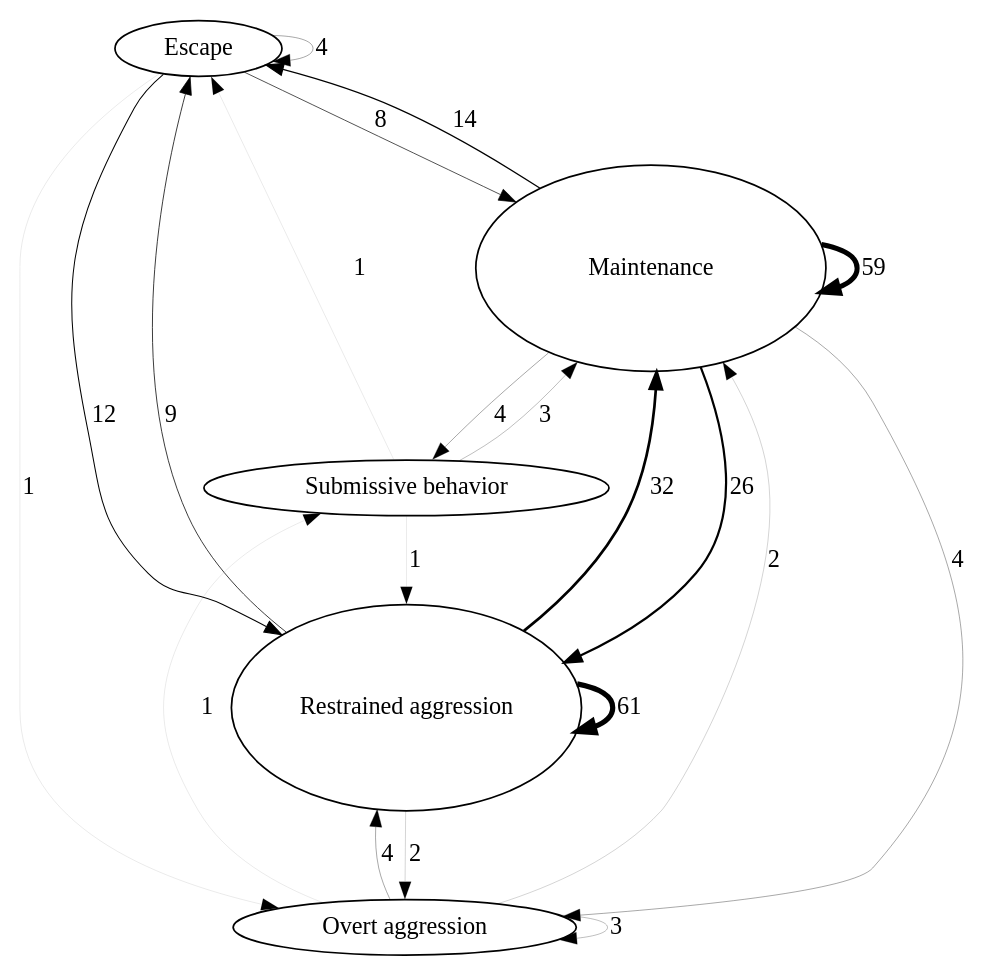
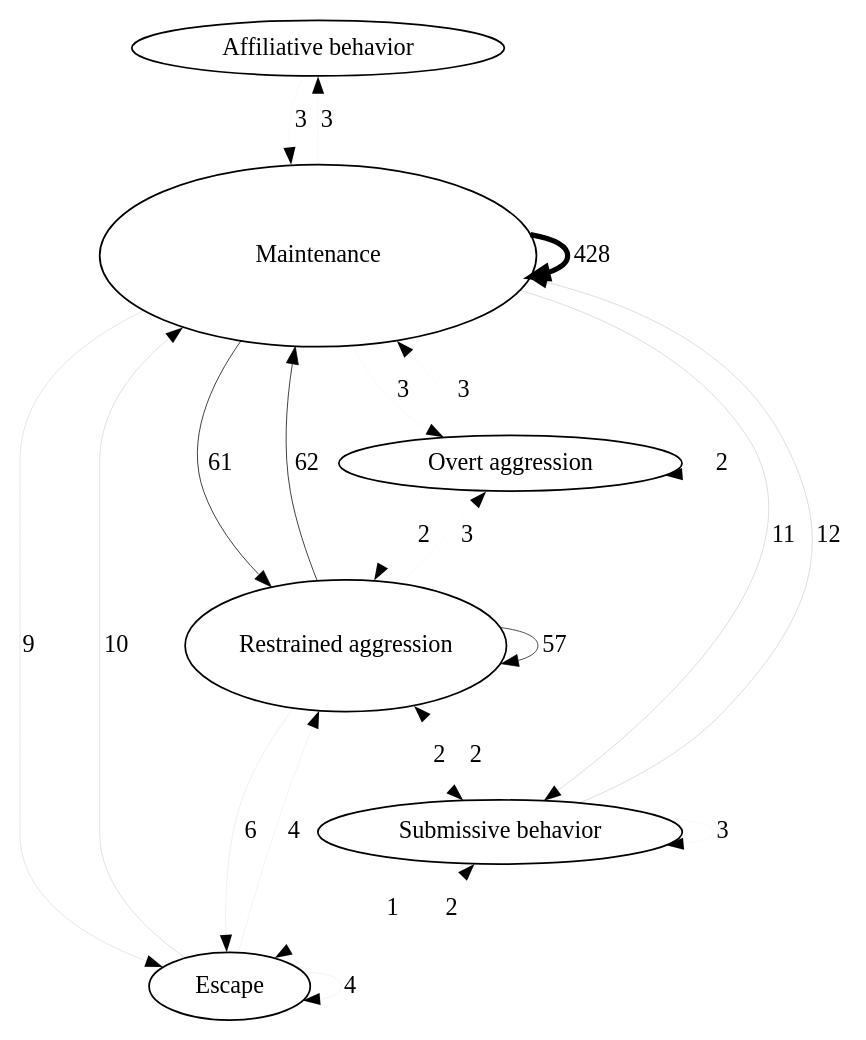
One commit to nicolkraus/AnalyzeBehavior changed the diagram in images/transitions.gv. Above: the diagram before and after it, drawn with Graphviz. The commit also changed 6 other files, not shown here.

```diff
--- a/images/transitions.gv
+++ b/images/transitions.gv
@@ -1,27 +1,31 @@
 digraph  {
-Escape [height="0.44343891402714924", width="0.7538461538461537"];
-Maintenance [height="1.6470588235294117", width="2.8"];
-"Overt aggression" [height="0.1583710407239819", width="0.2692307692307692"];
-"Restrained aggression" [height="1.6470588235294117", width="2.8"];
-"Submissive behavior" [height="0.07918552036199095", width="0.1346153846153846"];
-Escape -> Escape  [label=4, penwidth="0.19672131147540983"];
-Escape -> Maintenance  [label=8, penwidth="0.39344262295081966"];
-Escape -> "Overt aggression"  [label=1, penwidth="0.04918032786885246"];
-Escape -> "Restrained aggression"  [label=12, penwidth="0.5901639344262295"];
-Maintenance -> Escape  [label=14, penwidth="0.6885245901639344"];
-Maintenance -> Maintenance  [label=59, penwidth="2.901639344262295"];
-Maintenance -> "Overt aggression"  [label=4, penwidth="0.19672131147540983"];
-Maintenance -> "Restrained aggression"  [label=26, penwidth="1.2786885245901638"];
-Maintenance -> "Submissive behavior"  [label=4, penwidth="0.19672131147540983"];
-"Overt aggression" -> Maintenance  [label=2, penwidth="0.09836065573770492"];
-"Overt aggression" -> "Overt aggression"  [label=3, penwidth="0.14754098360655737"];
-"Overt aggression" -> "Restrained aggression"  [label=4, penwidth="0.19672131147540983"];
-"Overt aggression" -> "Submissive behavior"  [label=1, penwidth="0.04918032786885246"];
-"Restrained aggression" -> Escape  [label=9, penwidth="0.4426229508196721"];
-"Restrained aggression" -> Maintenance  [label=32, penwidth="1.5737704918032787"];
-"Restrained aggression" -> "Overt aggression"  [label=2, penwidth="0.09836065573770492"];
-"Restrained aggression" -> "Restrained aggression"  [label=61, penwidth="3.0"];
-"Submissive behavior" -> Escape  [label=1, penwidth="0.04918032786885246"];
-"Submissive behavior" -> Maintenance  [label=3, penwidth="0.14754098360655737"];
-"Submissive behavior" -> "Restrained aggression"  [label=1, penwidth="0.04918032786885246"];
+"Affiliative behavior" [height="0.0", width="0.0"];
+Maintenance [height="1.4583333333333335", width="3.5"];
+Escape [height="0.5370682159685716", width="1.2889637183245717"];
+"Restrained aggression" [height="1.0581215578160343", width="2.5394917387584823"];
+"Submissive behavior" [height="0.5072410122973807", width="1.2173784295137138"];
+"Overt aggression" [height="0.27766942590954874", width="0.6664066221829169"];
+"Affiliative behavior" -> Maintenance  [label=3, penwidth="0.02102803738317757"];
+Maintenance -> "Affiliative behavior"  [label=3, penwidth="0.02102803738317757"];
+Maintenance -> Escape  [label=9, penwidth="0.0630841121495327"];
+Maintenance -> Maintenance  [label=428, penwidth="3.0"];
+Maintenance -> "Overt aggression"  [label=3, penwidth="0.02102803738317757"];
+Maintenance -> "Restrained aggression"  [label=61, penwidth="0.4275700934579439"];
+Maintenance -> "Submissive behavior"  [label=11, penwidth="0.07710280373831775"];
+Escape -> Escape  [label=4, penwidth="0.02803738317757009"];
+Escape -> Maintenance  [label=10, penwidth="0.07009345794392523"];
+Escape -> "Restrained aggression"  [label=4, penwidth="0.02803738317757009"];
+Escape -> "Submissive behavior"  [label=2, penwidth="0.014018691588785045"];
+"Restrained aggression" -> Escape  [label=6, penwidth="0.04205607476635514"];
+"Restrained aggression" -> Maintenance  [label=62, penwidth="0.43457943925233644"];
+"Restrained aggression" -> "Overt aggression"  [label=3, penwidth="0.02102803738317757"];
+"Restrained aggression" -> "Restrained aggression"  [label=57, penwidth="0.3995327102803738"];
+"Restrained aggression" -> "Submissive behavior"  [label=2, penwidth="0.014018691588785045"];
+"Submissive behavior" -> Escape  [label=1, penwidth="0.007009345794392522"];
+"Submissive behavior" -> Maintenance  [label=12, penwidth="0.08411214953271028"];
+"Submissive behavior" -> "Restrained aggression"  [label=2, penwidth="0.014018691588785045"];
+"Submissive behavior" -> "Submissive behavior"  [label=3, penwidth="0.02102803738317757"];
+"Overt aggression" -> Maintenance  [label=3, penwidth="0.02102803738317757"];
+"Overt aggression" -> "Overt aggression"  [label=2, penwidth="0.014018691588785045"];
+"Overt aggression" -> "Restrained aggression"  [label=2, penwidth="0.014018691588785045"];
 }
```
